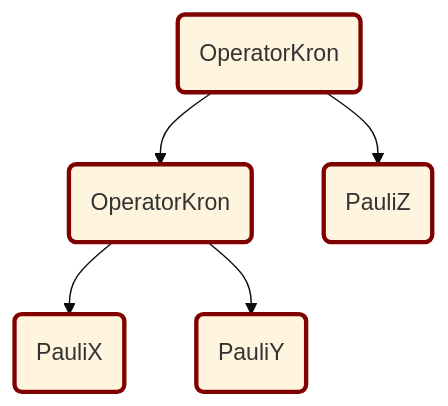
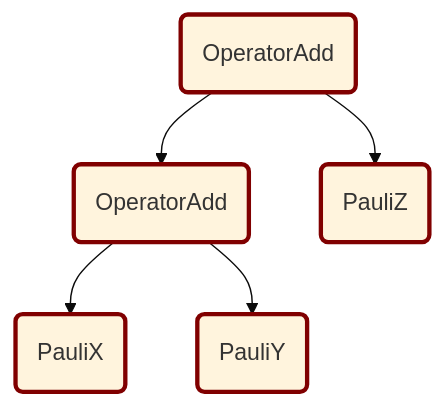
One commit to SeivenBell/oqd-core changed the sixth of 17 diagrams in docs/explanation/canonicalization.md. Above: the diagram before and after it, drawn with Mermaid (base theme). The commit also changed other lines of this file and 1 other file, not shown here.

Commit message:
Update operator canonicalization documentation

````diff
--- a/docs/explanation/canonicalization.md
+++ b/docs/explanation/canonicalization.md
@@ -169,17 +169,17 @@
 ```mermaid
     graph TD
     element0("PauliX"):::Pauli
     element1("PauliY"):::Pauli
-    element2("OperatorKron"):::OperatorKron
+    element2("OperatorAdd"):::OperatorAdd
     element2 --> element0 & element1
     element3("PauliZ"):::Pauli
-    element4("OperatorKron"):::OperatorKron
+    element4("OperatorAdd"):::OperatorAdd
     element4 --> element2 & element3
     classDef Pauli stroke:#800000,stroke-width:3px
     classDef Ladder stroke:#800000,stroke-width:3px
     classDef OperatorAdd stroke:#800000,stroke-width:3px
     classDef OperatorScalarMul stroke:#800000,stroke-width:3px
     classDef OperatorKron stroke:#800000,stroke-width:3px
     classDef OperatorMul stroke:#800000,stroke-width:3px
     classDef MathExpr stroke:#800000,stroke-width:3px
 ```
````
